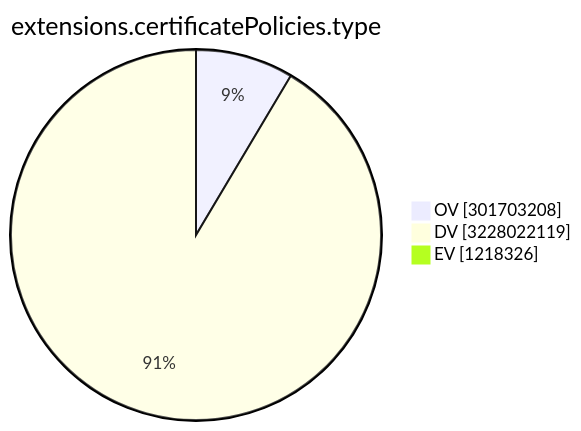
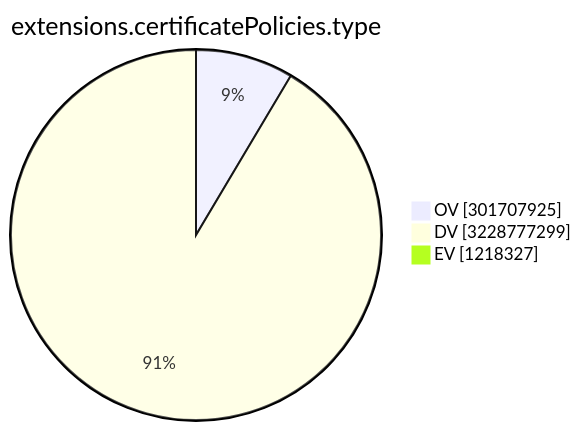
Before and after one commit to christiankrug/ctmonitor_visualization: the ninth of 15 diagrams in TOTAL/README.md, drawn with Mermaid. The commit also changed other lines of this file, not shown here.

````diff
--- a/TOTAL/README.md
+++ b/TOTAL/README.md
@@ -3107,7 +3107,7 @@
 ```mermaid
 pie showData
 title extensions.certificatePolicies.type
-"OV" :301703208
-"DV" :3228022119
-"EV" :1218326
+"OV" :301707925
+"DV" :3228777299
+"EV" :1218327
 ```
````
